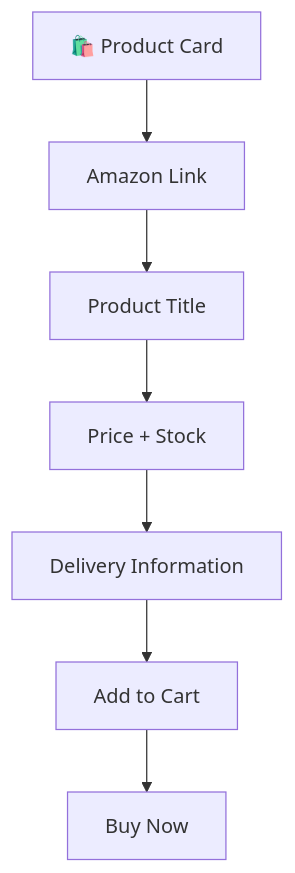
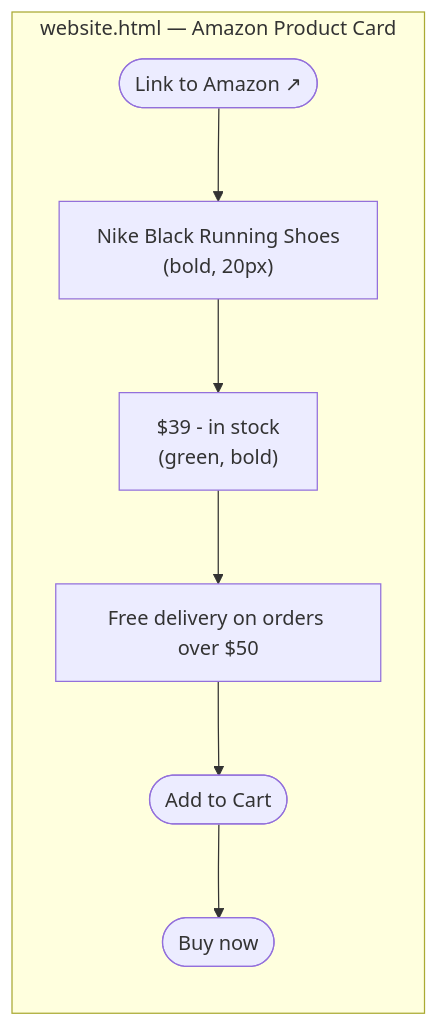
Before and after one commit to Betha-hemanth/HTML-and-CSS: the fifth of 9 diagrams in README.md, drawn with Mermaid. The commit also changed other lines of this file and 20 other files, not shown here.

````diff
--- a/README.md
+++ b/README.md
@@ -176,9 +125,13 @@
 ```mermaid
-flowchart TD
-    A["🛍️ Product Card"] --> B["Amazon Link"]
-    B --> C["Product Title"]
-    C --> D["Price + Stock"]
-    D --> E["Delivery Information"]
-    E --> F["Add to Cart"]
-    F --> G["Buy Now"]
+flowchart TB
+    subgraph Card["website.html — Amazon Product Card"]
+        direction TB
+        Link(["Link to Amazon ↗"])
+        Title["Nike Black Running Shoes\n(bold, 20px)"]
+        Price["$39 - in stock\n(green, bold)"]
+        Ship["Free delivery on orders over $50"]
+        Cart(["Add to Cart"])
+        Buy(["Buy now"])
+        Link --> Title --> Price --> Ship --> Cart --> Buy
+    end
 ```
````
